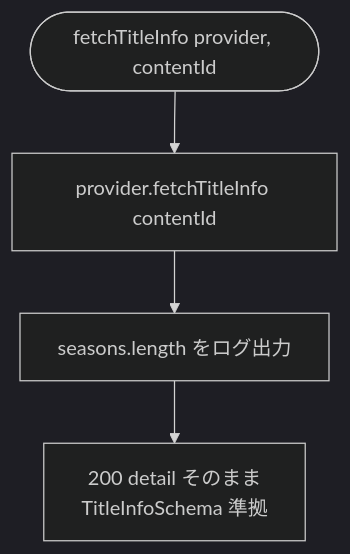
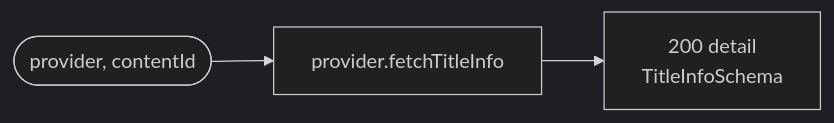
Before and after one commit to tkgstrator/anime-tracker: the fourth of 5 diagrams in docs/features/lambda-processing-flow.md, drawn with Mermaid (dark theme). The commit also changed other lines of this file, not shown here.

First line of the commit message:
docs(lambda): rework flowchart with endpoint table and trigger map

````diff
--- a/docs/features/lambda-processing-flow.md
+++ b/docs/features/lambda-processing-flow.md
@@ -78,6 +96,5 @@
 ```mermaid
-flowchart TD
-  S([fetchTitleInfo provider, contentId]) --> F[provider.fetchTitleInfo contentId]
-  F --> Log[seasons.length をログ出力]
-  Log --> Ok[200 detail そのまま<br/>TitleInfoSchema 準拠]
+flowchart LR
+  A([provider, contentId]) --> F[provider.fetchTitleInfo]
+  F --> Ok[200 detail<br/>TitleInfoSchema]
 ```
````
